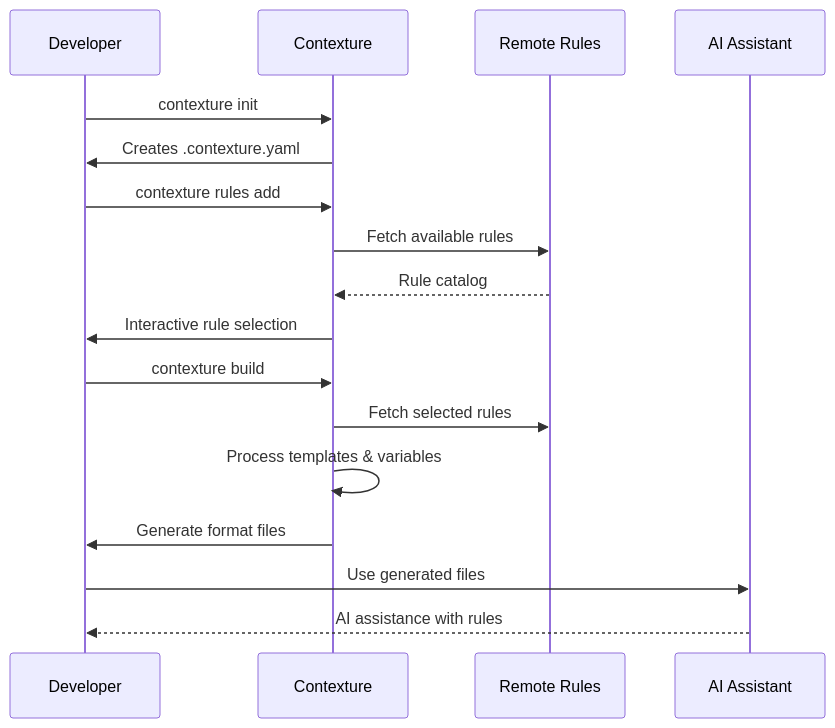
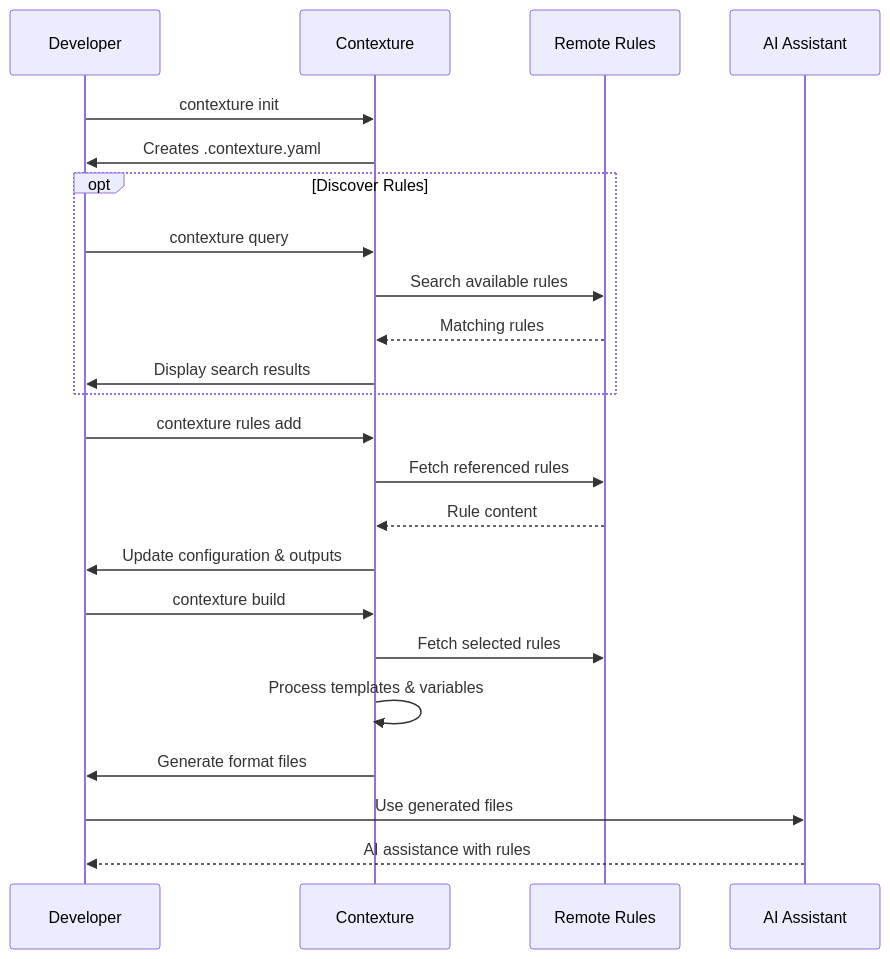
One commit to contextureai/contexture changed the second of 2 diagrams in web/docs/src/content/docs/core-concepts/overview.md. Above: the diagram before and after it, drawn with Mermaid. The commit also changed other lines of this file and 21 other files, not shown here.

````diff
--- a/web/docs/src/content/docs/core-concepts/overview.md
+++ b/web/docs/src/content/docs/core-concepts/overview.md
@@ -112,23 +112,30 @@
 ```mermaid
 sequenceDiagram
     participant Dev as Developer
     participant CTX as Contexture
     participant Remote as Remote Rules
     participant AI as AI Assistant
 
     Dev->>CTX: contexture init
     CTX->>Dev: Creates .contexture.yaml
 
+    opt Discover Rules
+        Dev->>CTX: contexture query
+        CTX->>Remote: Search available rules
+        Remote-->>CTX: Matching rules
+        CTX->>Dev: Display search results
+    end
+
     Dev->>CTX: contexture rules add
-    CTX->>Remote: Fetch available rules
-    Remote-->>CTX: Rule catalog
-    CTX->>Dev: Interactive rule selection
+    CTX->>Remote: Fetch referenced rules
+    Remote-->>CTX: Rule content
+    CTX->>Dev: Update configuration & outputs
 
     Dev->>CTX: contexture build
     CTX->>Remote: Fetch selected rules
     CTX->>CTX: Process templates & variables
     CTX->>Dev: Generate format files
 
     Dev->>AI: Use generated files
     AI-->>Dev: AI assistance with rules
 ```
````
